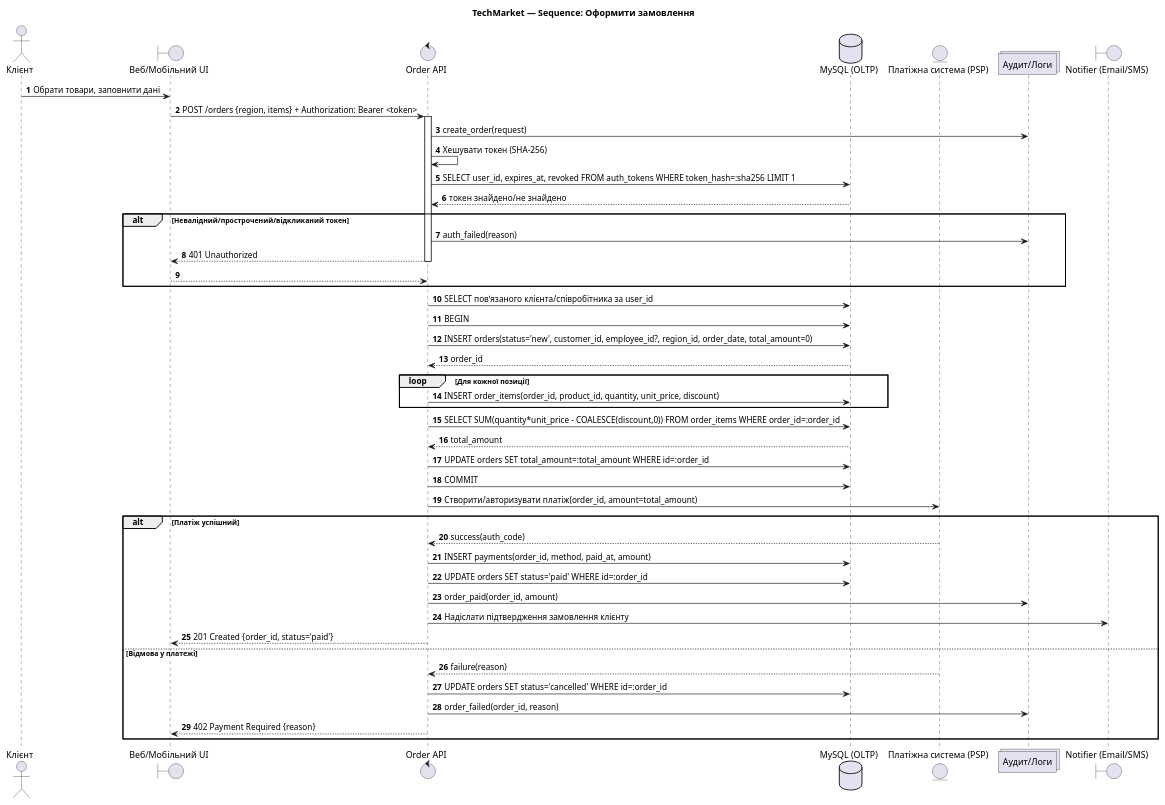
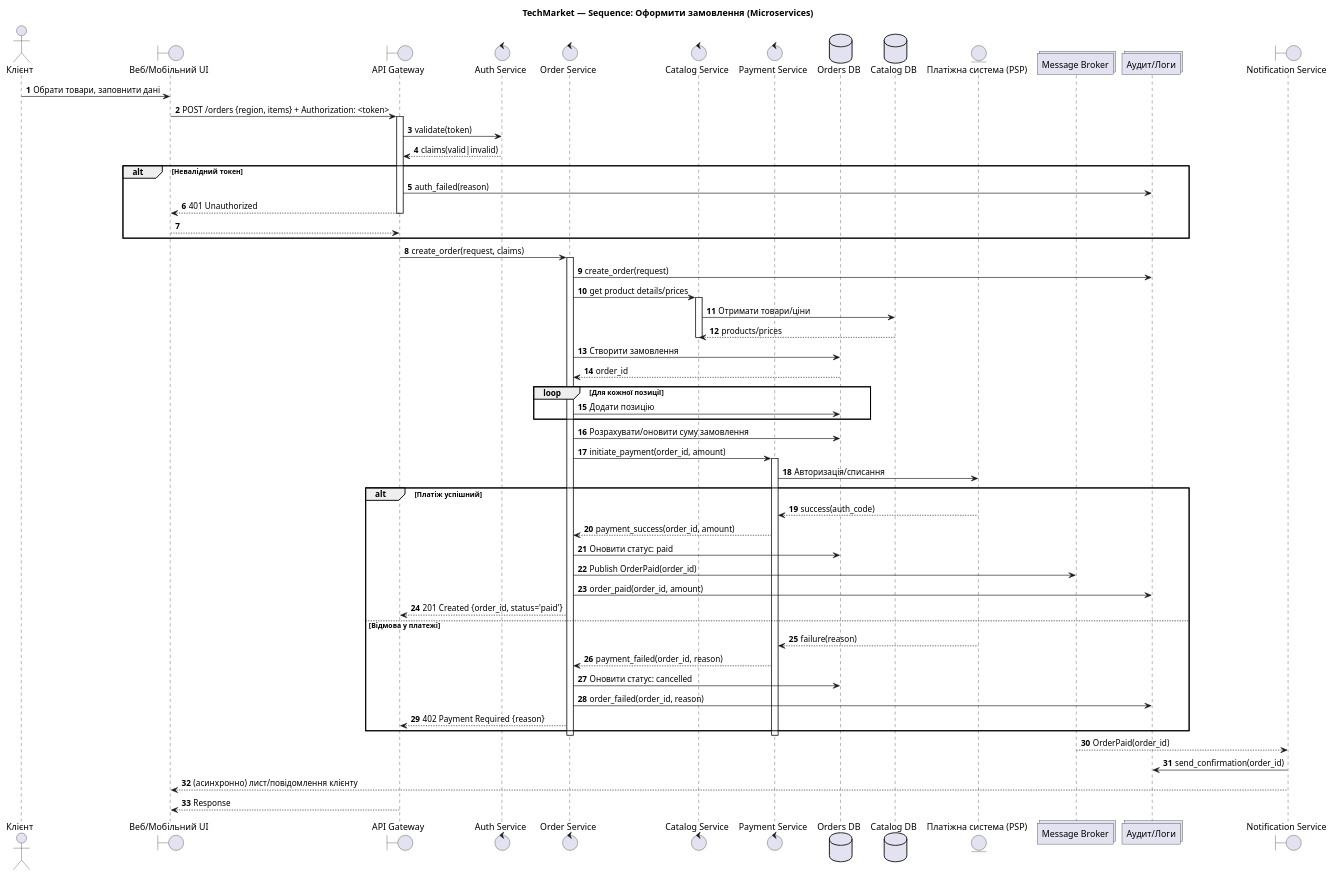
The diagram in 9-sem/Info/docs/sequence_oltp_place_order.puml (kshchuk/uni), drawn with PlantUML before and after one commit. The commit also changed 46 other files, not shown here.

```diff
--- a/9-sem/Info/docs/sequence_oltp_place_order.puml
+++ b/9-sem/Info/docs/sequence_oltp_place_order.puml
@@ -1,61 +1,77 @@
 @startuml TechMarket_Sequence_OLTP_Order
-title TechMarket — Sequence: Оформити замовлення
+title TechMarket — Sequence: Оформити замовлення (Microservices)
 autonumber
 
 actor "Клієнт" as Customer
 boundary "Веб/Мобільний UI" as UI
-control "Order API" as API
-database "MySQL (OLTP)" as DB
+boundary "API Gateway" as GW
+control "Auth Service" as AUTH
+control "Order Service" as ORDER
+control "Catalog Service" as CATALOG
+control "Payment Service" as PAYMENT
+database "Orders DB" as DB_ORDERS
+database "Catalog DB" as DB_CATALOG
 entity "Платіжна система (PSP)" as PSP
+collections "Message Broker" as BROKER
 collections "Аудит/Логи" as LOG
-boundary "Notifier (Email/SMS)" as Notif
+boundary "Notification Service" as NOTIF
 
 Customer -> UI: Обрати товари, заповнити дані
-UI -> API: POST /orders {region, items} + Authorization: Bearer <token>
-activate API
+UI -> GW: POST /orders {region, items} + Authorization: <token>
+activate GW
 
-API -> LOG: create_order(request)
-API -> API: Хешувати токен (SHA-256)
-API -> DB: SELECT user_id, expires_at, revoked FROM auth_tokens WHERE token_hash=:sha256 LIMIT 1
-DB --> API: токен знайдено/не знайдено
-
-alt Невалідний/прострочений/відкликаний токен
-  API -> LOG: auth_failed(reason)
-  API --> UI: 401 Unauthorized
-  deactivate API
+GW -> AUTH: validate(token)
+AUTH --> GW: claims(valid|invalid)
+alt Невалідний токен
+  GW -> LOG: auth_failed(reason)
+  GW --> UI: 401 Unauthorized
+  deactivate GW
   return
 end
 
-API -> DB: SELECT повʼязаного клієнта/співробітника за user_id
-API -> DB: BEGIN
-API -> DB: INSERT orders(status='new', customer_id, employee_id?, region_id, order_date, total_amount=0)
-DB --> API: order_id
+GW -> ORDER: create_order(request, claims)
+activate ORDER
+ORDER -> LOG: create_order(request)
+ORDER -> CATALOG: get product details/prices
+activate CATALOG
+CATALOG -> DB_CATALOG: Отримати товари/ціни
+DB_CATALOG --> CATALOG: products/prices
+deactivate CATALOG
 
+ORDER -> DB_ORDERS: Створити замовлення
+DB_ORDERS --> ORDER: order_id
 loop Для кожної позиції
-  API -> DB: INSERT order_items(order_id, product_id, quantity, unit_price, discount)
+  ORDER -> DB_ORDERS: Додати позицію
+end
+ORDER -> DB_ORDERS: Розрахувати/оновити суму замовлення
+
+ORDER -> PAYMENT: initiate_payment(order_id, amount)
+activate PAYMENT
+PAYMENT -> PSP: Авторизація/списання
+
+alt Платіж успішний
+  PSP --> PAYMENT: success(auth_code)
+  PAYMENT --> ORDER: payment_success(order_id, amount)
+  ORDER -> DB_ORDERS: Оновити статус: paid
+  ORDER -> BROKER: Publish OrderPaid(order_id)
+  ORDER -> LOG: order_paid(order_id, amount)
+  ORDER --> GW: 201 Created {order_id, status='paid'}
+else Відмова у платежі
+  PSP --> PAYMENT: failure(reason)
+  PAYMENT --> ORDER: payment_failed(order_id, reason)
+  ORDER -> DB_ORDERS: Оновити статус: cancelled
+  ORDER -> LOG: order_failed(order_id, reason)
+  ORDER --> GW: 402 Payment Required {reason}
 end
 
-API -> DB: SELECT SUM(quantity*unit_price - COALESCE(discount,0)) FROM order_items WHERE order_id=:order_id
-DB --> API: total_amount
-API -> DB: UPDATE orders SET total_amount=:total_amount WHERE id=:order_id
-API -> DB: COMMIT
+deactivate PAYMENT
+deactivate ORDER
 
-API -> PSP: Створити/авторизувати платіж(order_id, amount=total_amount)
+BROKER --> NOTIF: OrderPaid(order_id)
+NOTIF -> LOG: send_confirmation(order_id)
+NOTIF --> UI: (асинхронно) лист/повідомлення клієнту
 
-alt Платіж успішний
-  PSP --> API: success(auth_code)
-  API -> DB: INSERT payments(order_id, method, paid_at, amount)
-  API -> DB: UPDATE orders SET status='paid' WHERE id=:order_id
-  API -> LOG: order_paid(order_id, amount)
-  API -> Notif: Надіслати підтвердження замовлення клієнту
-  API --> UI: 201 Created {order_id, status='paid'}
-else Відмова у платежі
-  PSP --> API: failure(reason)
-  API -> DB: UPDATE orders SET status='cancelled' WHERE id=:order_id
-  API -> LOG: order_failed(order_id, reason)
-  API --> UI: 402 Payment Required {reason}
-end
-
-deactivate API
+GW --> UI: Response
+deactivate GW
 
 @enduml
```
